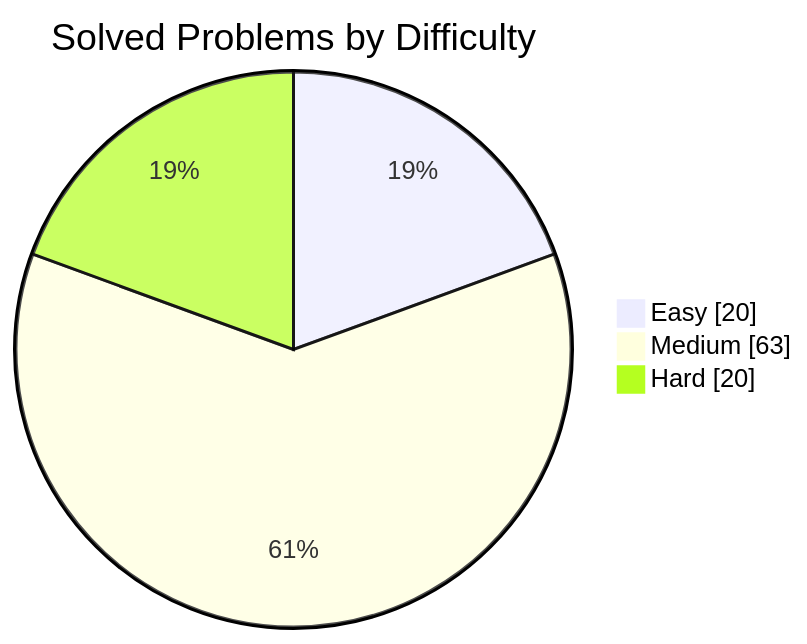
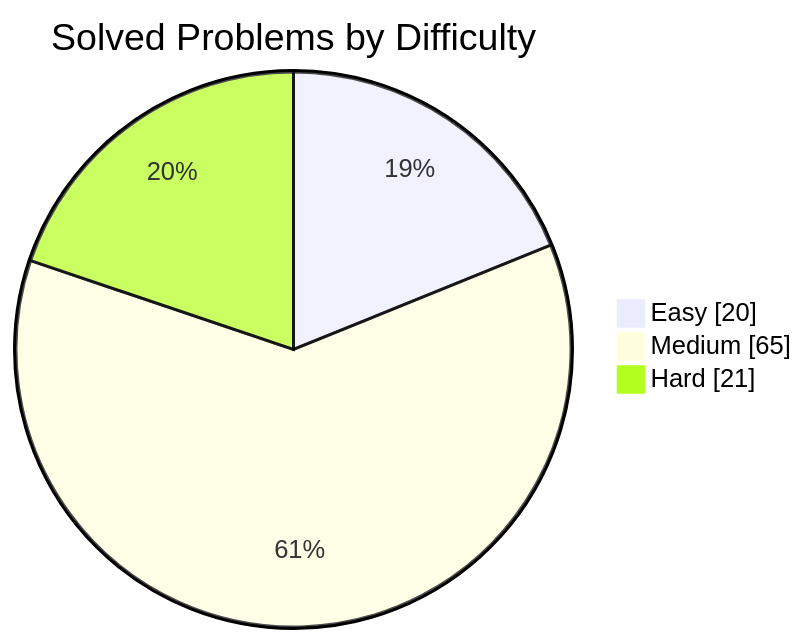
One commit to manikantbindass/DSA-Preparation-FAANG changed the first of 2 diagrams in README.md. Above: the diagram before and after it, drawn with Mermaid. The commit also changed other lines of this file, not shown here.

````diff
--- a/README.md
+++ b/README.md
@@ -38,7 +38,7 @@
 ```mermaid
 pie showData
     title Solved Problems by Difficulty
     "Easy" : 20
-    "Medium" : 63
-    "Hard" : 20
+    "Medium" : 65
+    "Hard" : 21
 ```
````
